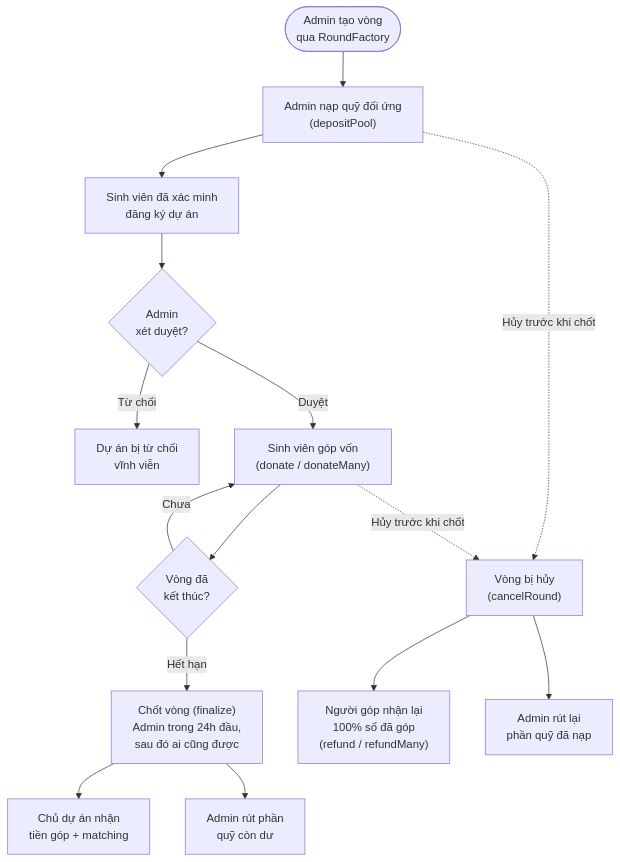
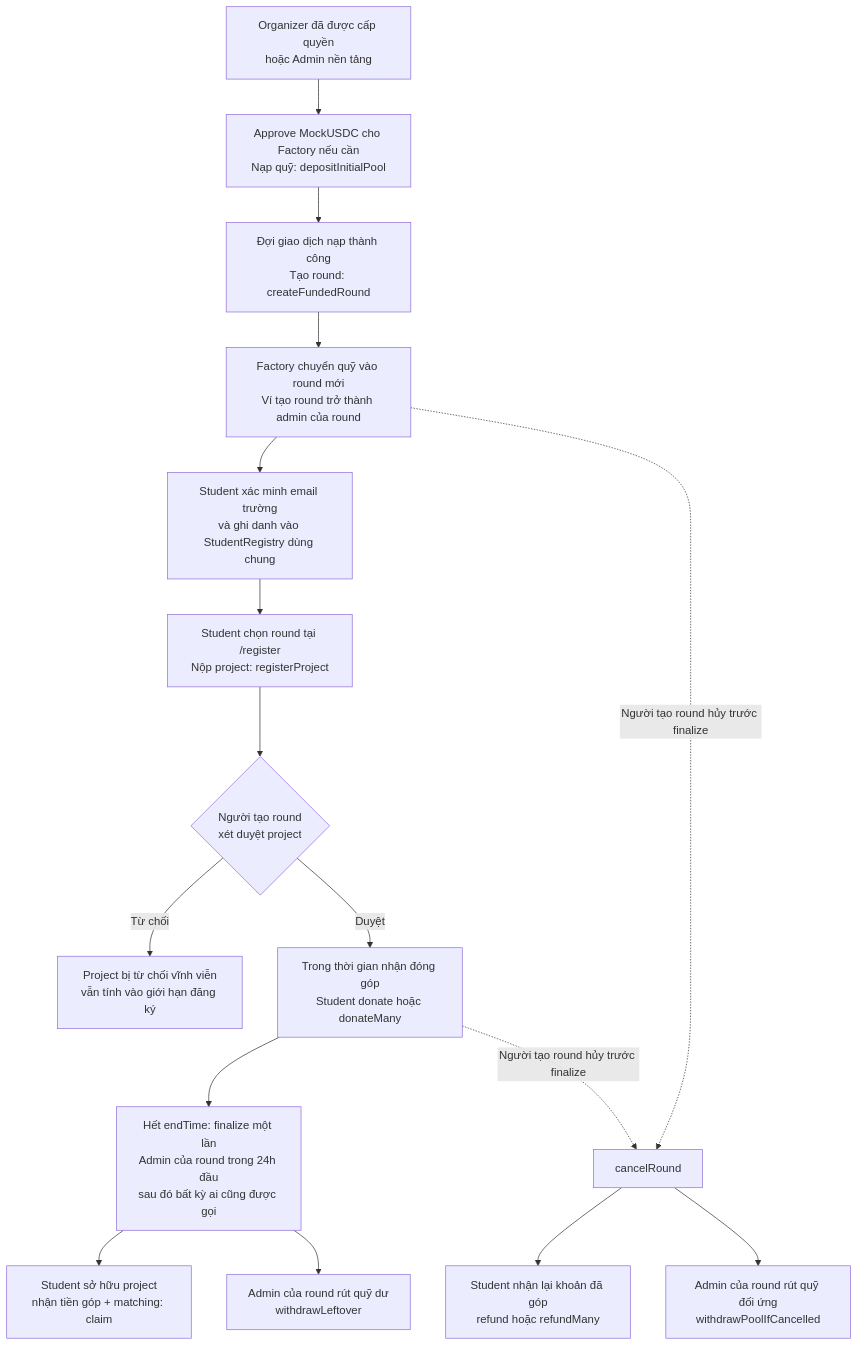
Before and after one commit to hlbaot/SqrtFund: the second of 2 diagrams in README.md, drawn with Mermaid. The commit also changed other lines of this file and 22 other files, not shown here.

````diff
--- a/README.md
+++ b/README.md
@@ -104,20 +134,18 @@
 ```mermaid
 flowchart TD
-    A(["Admin tạo vòng<br/>qua RoundFactory"]) --> B["Admin nạp quỹ đối ứng<br/>(depositPool)"]
-    B --> C["Sinh viên đã xác minh<br/>đăng ký dự án"]
-    C --> D{"Admin<br/>xét duyệt?"}
-    D -- "Từ chối" --> E["Dự án bị từ chối<br/>vĩnh viễn"]
-    D -- "Duyệt" --> F["Sinh viên góp vốn<br/>(donate / donateMany)"]
-
-    F --> G{"Vòng đã<br/>kết thúc?"}
-    G -- "Chưa" --> F
-    G -- "Hết hạn" --> H["Chốt vòng (finalize)<br/>Admin trong 24h đầu,<br/>sau đó ai cũng được"]
-    
-    H --> I["Chủ dự án nhận<br/>tiền góp + matching"]
-    H --> J["Admin rút phần<br/>quỹ còn dư"]
-
-    B -. "Hủy trước khi chốt" .-> K["Vòng bị hủy<br/>(cancelRound)"]
-    F -. "Hủy trước khi chốt" .-> K
-    K --> L["Người góp nhận lại<br/>100% số đã góp<br/>(refund / refundMany)"]
-    K --> M["Admin rút lại<br/>phần quỹ đã nạp"]
+    A["Organizer đã được cấp quyền<br/>hoặc Admin nền tảng"] --> B["Approve MockUSDC cho Factory nếu cần<br/>Nạp quỹ: depositInitialPool"]
+    B --> C["Đợi giao dịch nạp thành công<br/>Tạo round: createFundedRound"]
+    C --> D["Factory chuyển quỹ vào round mới<br/>Ví tạo round trở thành admin của round"]
+    D --> E["Student xác minh email trường<br/>và ghi danh vào StudentRegistry dùng chung"]
+    E --> F["Student chọn round tại /register<br/>Nộp project: registerProject"]
+    F --> G{"Người tạo round<br/>xét duyệt project"}
+    G -- "Từ chối" --> R["Project bị từ chối vĩnh viễn<br/>vẫn tính vào giới hạn đăng ký"]
+    G -- "Duyệt" --> H["Trong thời gian nhận đóng góp<br/>Student donate hoặc donateMany"]
+    H --> I["Hết endTime: finalize một lần<br/>Admin của round trong 24h đầu<br/>sau đó bất kỳ ai cũng được gọi"]
+    I --> J["Student sở hữu project<br/>nhận tiền góp + matching: claim"]
+    I --> K["Admin của round rút quỹ dư<br/>withdrawLeftover"]
+    D -. "Người tạo round hủy trước finalize" .-> L["cancelRound"]
+    H -. "Người tạo round hủy trước finalize" .-> L
+    L --> M["Student nhận lại khoản đã góp<br/>refund hoặc refundMany"]
+    L --> N["Admin của round rút quỹ đối ứng<br/>withdrawPoolIfCancelled"]
 ```
````
